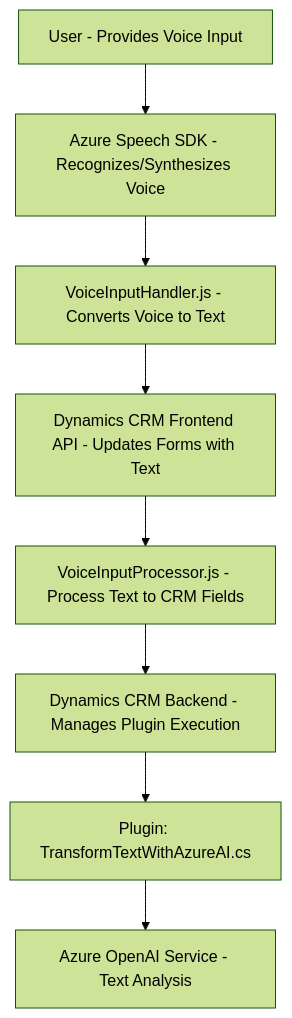
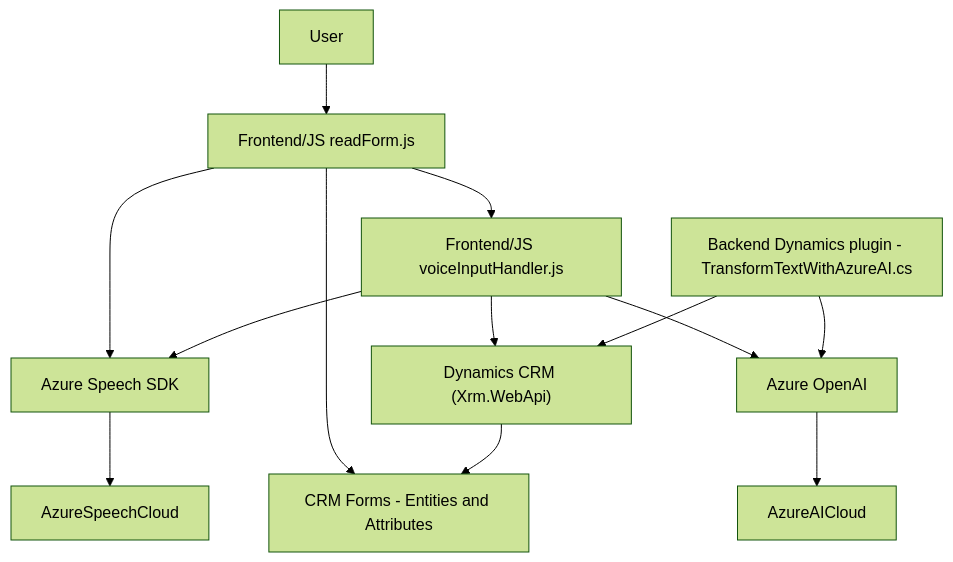
Before and after one commit to blopezdm/NETCORE_BILBAO2025: the diagram in README.md, drawn with Mermaid (forest theme). The commit also changed other lines of this file, not shown here.

````diff
--- a/README.md
+++ b/README.md
@@ -36,19 +38,24 @@
 ```mermaid
 graph TD
-    A["User - Provides Voice Input"]
-    B["VoiceInputHandler.js - Converts Voice to Text"]
-    C["Dynamics CRM Frontend API - Updates Forms with Text"]
-    D["VoiceInputProcessor.js - Process Text to CRM Fields"]
-    E["Dynamics CRM Backend - Manages Plugin Execution"]
-    F["Plugin: TransformTextWithAzureAI.cs"]
-    G["Azure OpenAI Service - Text Analysis"]
-    H["Azure Speech SDK - Recognizes/Synthesizes Voice"]
+    A["Frontend/JS readForm.js"]
+    B["Frontend/JS voiceInputHandler.js"]
+    C["Backend Dynamics plugin - TransformTextWithAzureAI.cs"]
+    D["Azure Speech SDK"]
+    E["Azure OpenAI"]
+    F["Dynamics CRM (Xrm.WebApi)"]
+    G["CRM Forms - Entities and Attributes"]
+    H["User"]
 
-    A --> H
-    H --> B
-    B --> C
-    C --> D
-    D --> E
-    E --> F
+    H --> A
+    A --> D
+    A --> G
+    A --> B
+    B --> D
+    B --> E
+    B --> F
+    C --> E
+    C --> F
     F --> G
+    D --> AzureSpeechCloud
+    E --> AzureAICloud
 ```
````
